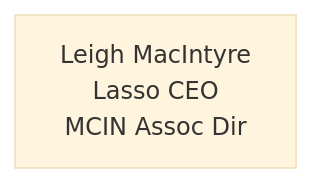
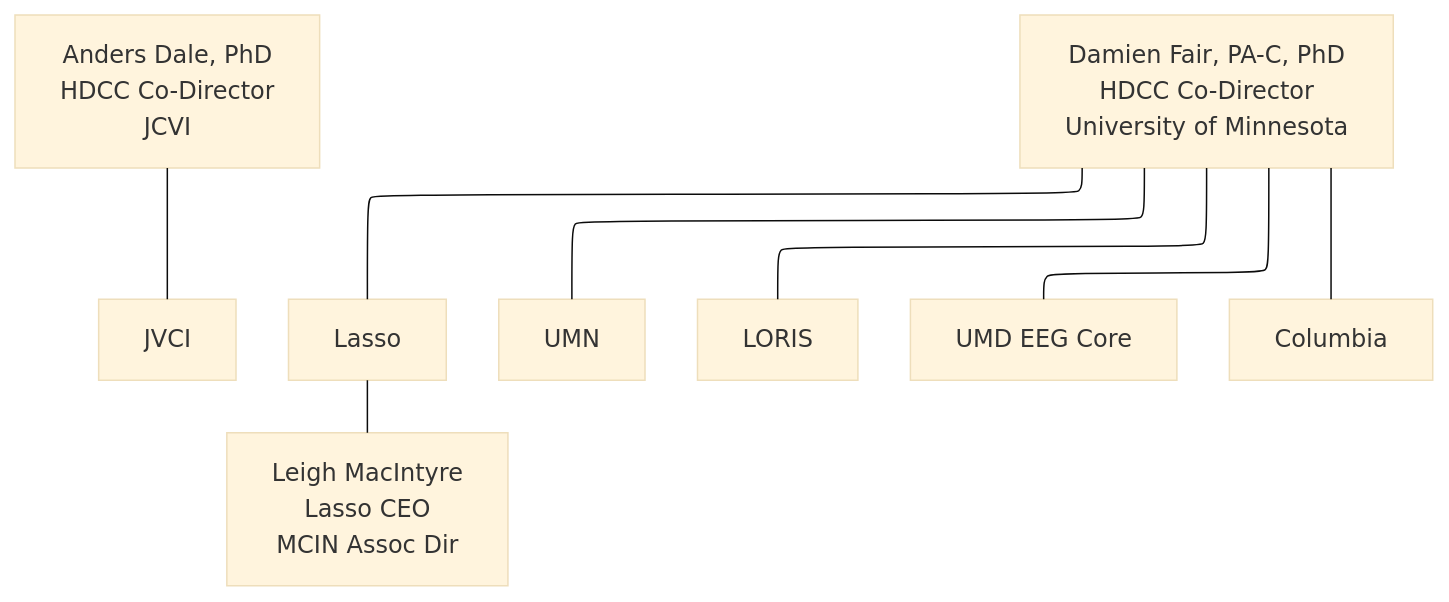
One commit to DCAN-Labs/hbcd-docs-internal changed the first of 10 diagrams in docs/orgcharts.md. Above: the diagram before and after it, drawn with Mermaid (base theme).

````diff
--- a/docs/orgcharts.md
+++ b/docs/orgcharts.md
@@ -6,9 +6,11 @@
 ```mermaid
 ---
 config:
   layout: elk
 ---
 flowchart TB
-    lasso1["Leigh MacIntyre<br>Lasso CEO<br>MCIN Assoc Dir"]
+    n2["Anders Dale, PhD<br>HDCC Co-Director<br>JCVI"] --- jvci["JVCI"]
+    E["Damien Fair, PA-C, PhD<br>HDCC Co-Director<br>University of Minnesota"] --- lasso["Lasso"] & umn["UMN"] & n7["LORIS"] & n8["UMD EEG Core"] & n11["Columbia"]
+    lasso --- lasso1["Leigh MacIntyre<br>Lasso CEO<br>MCIN Assoc Dir"]
     click lasso1 "https://mcin.ca" "Montreal Consortium for Innovation in Neuroinformatics"
 ```
````
